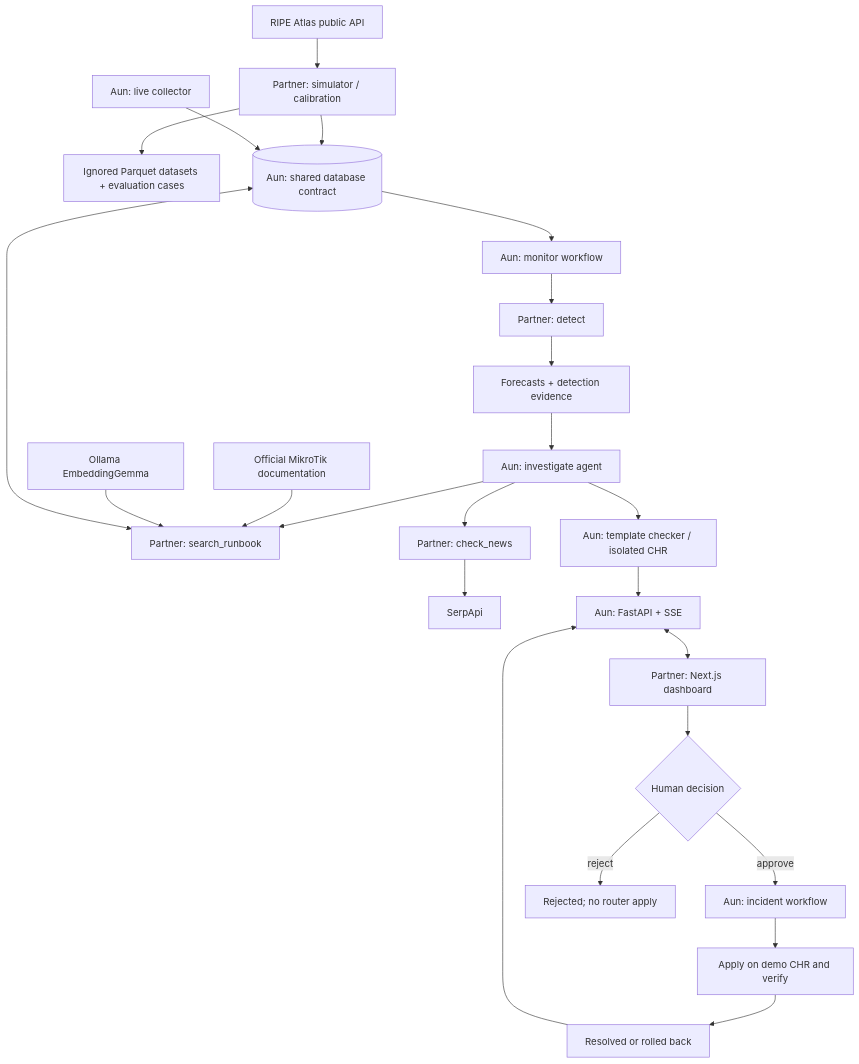
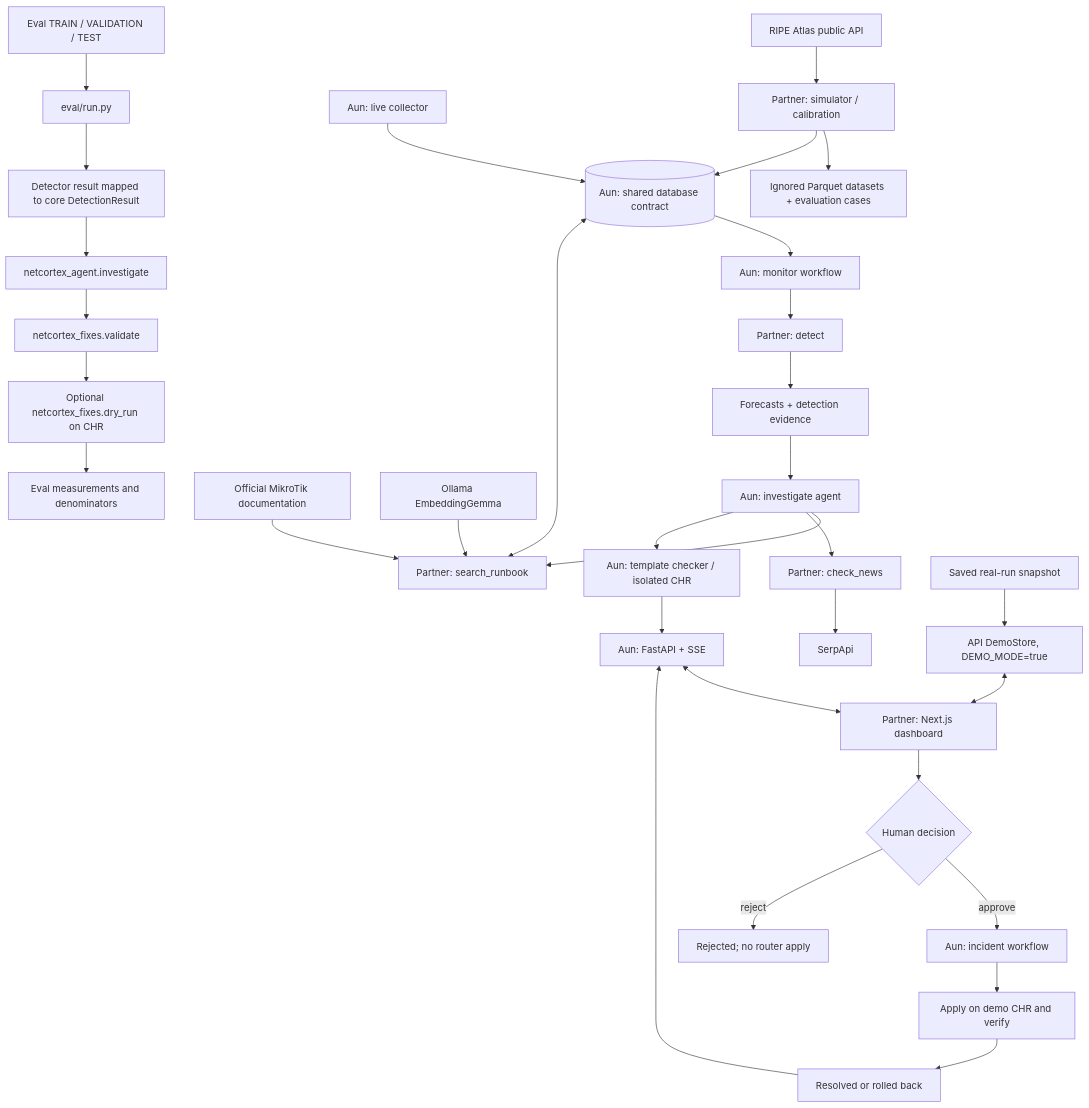
Before and after one commit to aunraza19/NetCortex: the diagram in flow.md, drawn with Mermaid. The commit also changed other lines of this file and 2 other files, not shown here.

Commit message:
docs: restore partner plan scope and runtime flow

````diff
--- a/flow.md
+++ b/flow.md
@@ -7,26 +7,34 @@
 ```mermaid
 flowchart TD
     R[RIPE Atlas public API] --> S[Partner: simulator / calibration]
     S --> P[Ignored Parquet datasets + evaluation cases]
     S --> DB[(Aun: shared database contract)]
     C[Aun: live collector] --> DB
     DB --> W[Aun: monitor workflow]
     W --> D[Partner: detect]
     D --> F[Forecasts + detection evidence]
     F --> A[Aun: investigate agent]
     A --> K[Partner: search_runbook]
     MD[Official MikroTik documentation] --> K
     O[Ollama EmbeddingGemma] --> K
     K <--> DB
     A --> N[Partner: check_news]
     N --> SE[SerpApi]
     A --> X[Aun: template checker / isolated CHR]
     X --> API[Aun: FastAPI + SSE]
     API <--> UI[Partner: Next.js dashboard]
     UI --> Q{Human decision}
     Q -->|approve| IW[Aun: incident workflow]
     Q -->|reject| REJ[Rejected; no router apply]
     IW --> VERIFY[Apply on demo CHR and verify]
     VERIFY --> END[Resolved or rolled back]
     END --> API
+    CASES[Eval TRAIN / VALIDATION / TEST] --> EVAL[eval/run.py]
+    EVAL --> DET[Detector result mapped to core DetectionResult]
+    DET --> INV[netcortex_agent.investigate]
+    INV --> VAL[netcortex_fixes.validate]
+    VAL --> CHR[Optional netcortex_fixes.dry_run on CHR]
+    CHR --> REPORT[Eval measurements and denominators]
+    SNAP[Saved real-run snapshot] --> DEMO[API DemoStore, DEMO_MODE=true]
+    DEMO <--> UI
 ```
````
